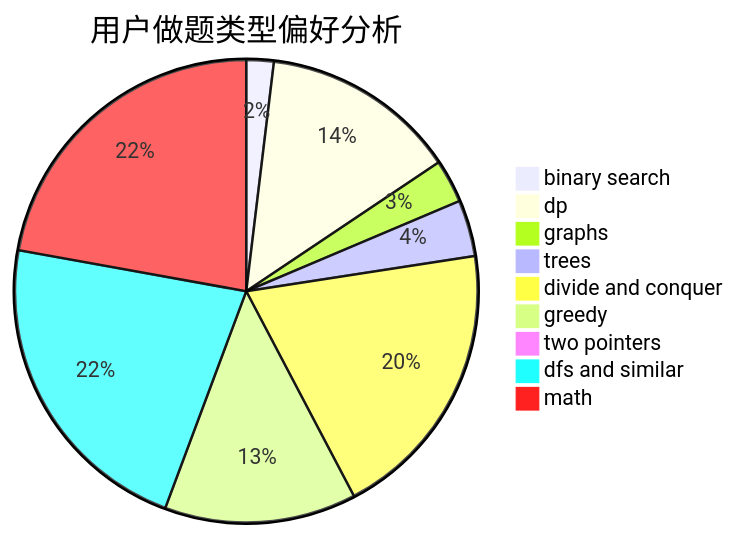
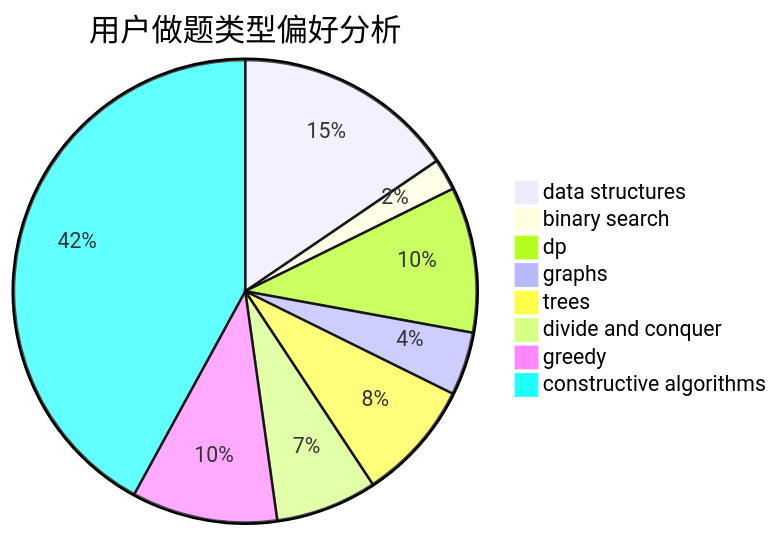
Before and after one commit to sherpahu/cfrs.github.io: the second of 3 diagrams in docs/user/u437.md, drawn with Mermaid. The commit also changed other lines of this file and 2775 other files, not shown here.

````diff
--- a/docs/user/u437.md
+++ b/docs/user/u437.md
@@ -23,12 +23,11 @@
 ```mermaid
 pie title 用户做题类型偏好分析
-    "binary search" :  19
-    "dp" :  136
-    "graphs" :  30
-    "trees" :  39
-    "divide and conquer" :  196
-    "greedy" :  133
-    "two pointers" :  0
-    "dfs and similar" :  220
-    "math" :  220
+    "data structures" :  35
+    "binary search" :  5
+    "dp" :  23
+    "graphs" :  10
+    "trees" :  19
+    "divide and conquer" :  16
+    "greedy" :  23
+    "constructive algorithms" :  95
 ```
````
